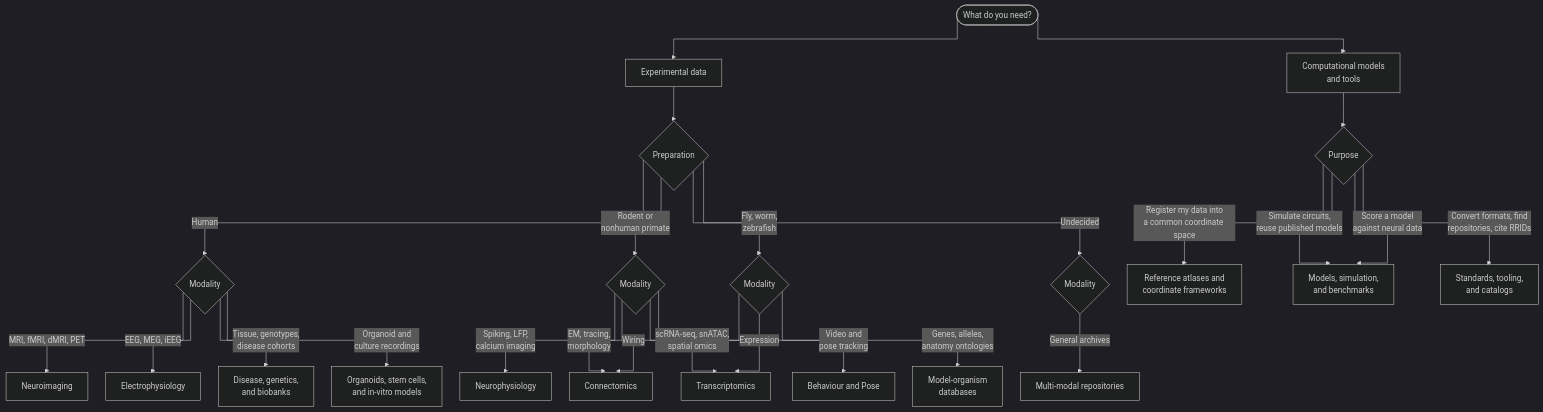
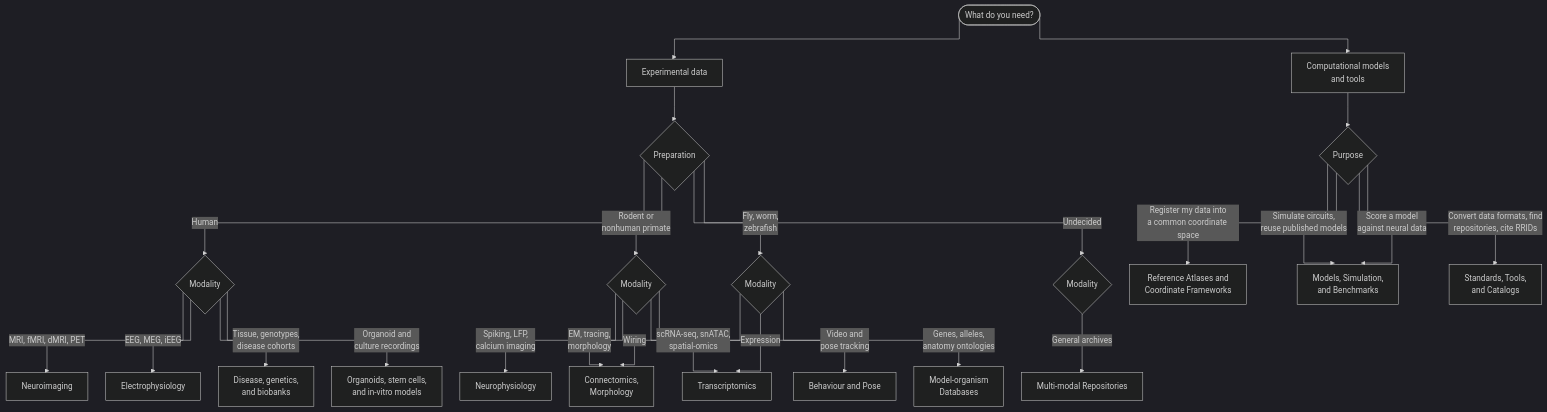
The diagram in docs/index.md (lauramedlock/neuroarchives), drawn with Mermaid (dark theme) before and after one commit. The commit also changed other lines of this file, not shown here.

````diff
--- a/docs/index.md
+++ b/docs/index.md
@@ -41,35 +41,35 @@
 ```mermaid
 %%{init: {"flowchart": {"curve": "stepBefore", "nodeSpacing": 35, "rankSpacing": 55, "useMaxWidth": true}} }%%
 flowchart TD
     START([What do you need?])
     START --> EXP[Experimental data]
     START --> MOD[Computational models<br>and tools]
 
     EXP --> PREP{Preparation}
     PREP -->|Human| HU{Modality}
     PREP -->|Rodent or<br>nonhuman primate| RO{Modality}
     PREP -->|Fly, worm,<br>zebrafish| INV{Modality}
     PREP -->|Undecided| GEN{Modality}
 
     HU -->|MRI, fMRI, dMRI, PET| E1[Neuroimaging]
     HU -->|EEG, MEG, iEEG| E2[Electrophysiology]
     HU -->|Tissue, genotypes,<br>disease cohorts| E3[Disease, genetics,<br>and biobanks]
     HU -->|Organoid and<br>culture recordings| E4[Organoids, stem cells,<br> and in-vitro models]
 
     RO -->|Spiking, LFP,<br>calcium imaging| E5[Neurophysiology] 
-    RO -->|EM, tracing,<br>morphology| E6[Connectomics]
-    RO -->|scRNA-seq, snATAC,<br>spatial omics| E7[Transcriptomics]
+    RO -->|EM, tracing,<br>morphology| E6[Connectomics, <br> Morphology]
+    RO -->|scRNA-seq, snATAC,<br>spatial-omics| E7[Transcriptomics]
     RO -->|Video and<br>pose tracking| E8[Behaviour and Pose]
 
     INV -->|Wiring| E6
     INV -->|Expression| E7
-    INV -->|Genes, alleles,<br>anatomy ontologies| E9[Model-organism<br>databases]
+    INV -->|Genes, alleles,<br>anatomy ontologies| E9[Model-organism<br>Databases]
 
-    GEN -->|General archives| E10[Multi-modal repositories]
+    GEN -->|General archives| E10[Multi-modal Repositories]
 
     MOD --> PURPOSE{Purpose}
-    PURPOSE -->|Register my data into<br>a common coordinate space| M1[Reference atlases and<br>coordinate frameworks]
-    PURPOSE -->|Simulate circuits,<br>reuse published models| M2[Models, simulation,<br>and benchmarks]
+    PURPOSE -->|Register my data into<br>a common coordinate space| M1[Reference Atlases and<br>Coordinate Frameworks]
+    PURPOSE -->|Simulate circuits,<br>reuse published models| M2[Models, Simulation,<br>and Benchmarks]
     PURPOSE -->|Score a model<br>against neural data| M2
-    PURPOSE -->|Convert formats, find<br>repositories, cite RRIDs| M3[Standards, tooling,<br>and catalogs]
+    PURPOSE -->|Convert data formats, find<br>repositories, cite RRIDs| M3[Standards, Tools,<br>and Catalogs]
 ```
````
